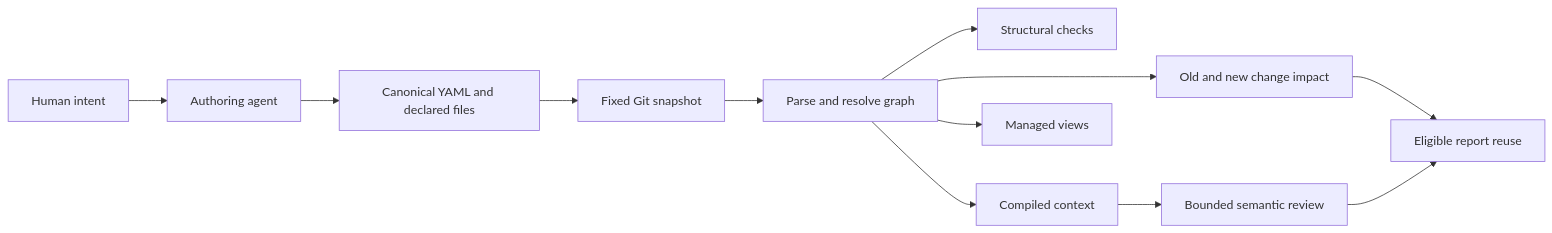
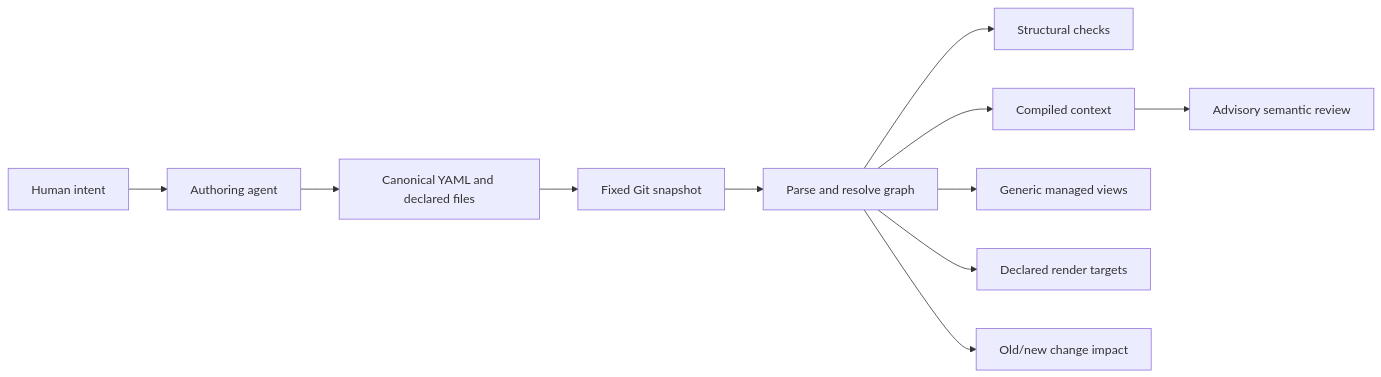
Before and after one commit to Glacius-Labs/Markitect: the diagram in docs/architecture.md, drawn with Mermaid. The commit also changed other lines of this file and 55 other files, not shown here.

````diff
--- a/docs/architecture.md
+++ b/docs/architecture.md
@@ -9,14 +9,13 @@
 ```mermaid
 flowchart LR
     Intent[Human intent] --> Agent[Authoring agent]
     Agent --> Sources[Canonical YAML and declared files]
     Sources --> Snapshot[Fixed Git snapshot]
     Snapshot --> Graph[Parse and resolve graph]
     Graph --> Checks[Structural checks]
     Graph --> Context[Compiled context]
-    Graph --> Views[Managed views]
-    Context --> Review[Bounded semantic review]
-    Graph --> Impact[Old and new change impact]
-    Impact --> Reuse[Eligible report reuse]
-    Review --> Reuse
+    Graph --> Views[Generic managed views]
+    Graph --> Targets[Declared render targets]
+    Context --> Review[Advisory semantic review]
+    Graph --> Impact[Old/new change impact]
 ```
````
